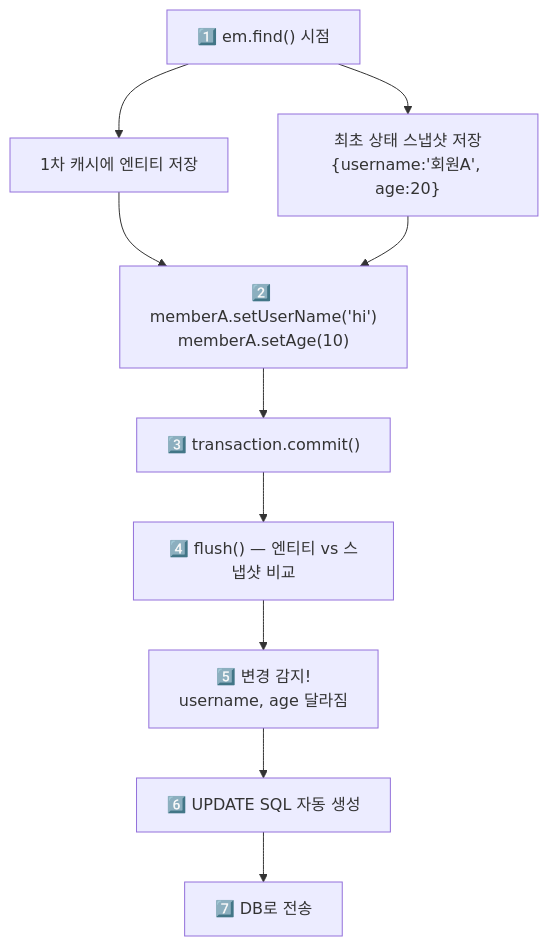
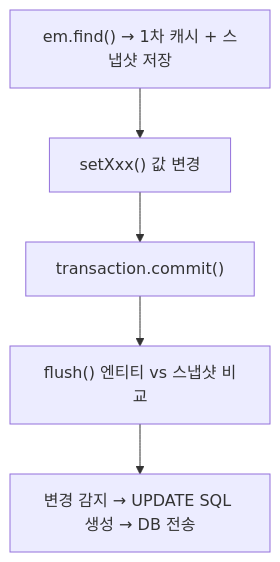
Before and after one commit to yjkim2015/yjkim2015.github.io: the fifth of 5 diagrams in _posts/jpa/2021-10-17-Jpa 영속성 관리.md, drawn with Mermaid. The commit also changed other lines of this file and 215 other files, not shown here.

First line of the commit message:
신규 포스트 10개 추가 + Mermaid 전면 축소 + SystemDesign 시리즈 보강

````diff
--- a/_posts/jpa/2021-10-17-Jpa 영속성 관리.md
+++ b/_posts/jpa/2021-10-17-Jpa 영속성 관리.md
@@ -206,16 +192,7 @@
 ```mermaid
 graph TD
-    FIND["1️⃣ em.find() 시점"]
-    SAVE1["1차 캐시에 엔티티 저장"]
-    SAVE2["최초 상태 스냅샷 저장\n{username:'회원A', age:20}"]
-    SET["2️⃣ memberA.setUserName('hi')\nmemberA.setAge(10)"]
-    TC["3️⃣ transaction.commit()"]
-    FL["4️⃣ flush() — 엔티티 vs 스냅샷 비교"]
-    CMP["5️⃣ 변경 감지!\nusername, age 달라짐"]
-    GEN["6️⃣ UPDATE SQL 자동 생성"]
-    SEND["7️⃣ DB로 전송"]
-
-    FIND --> SAVE1 & SAVE2
-    SAVE1 & SAVE2 --> SET
-    SET --> TC --> FL --> CMP --> GEN --> SEND
+    A["em.find() → 1차 캐시 + 스냅샷 저장"] --> B["setXxx() 값 변경"]
+    B --> C["transaction.commit()"]
+    C --> D["flush() 엔티티 vs 스냅샷 비교"]
+    D --> E["변경 감지 → UPDATE SQL 생성 → DB 전송"]
 ```
````
